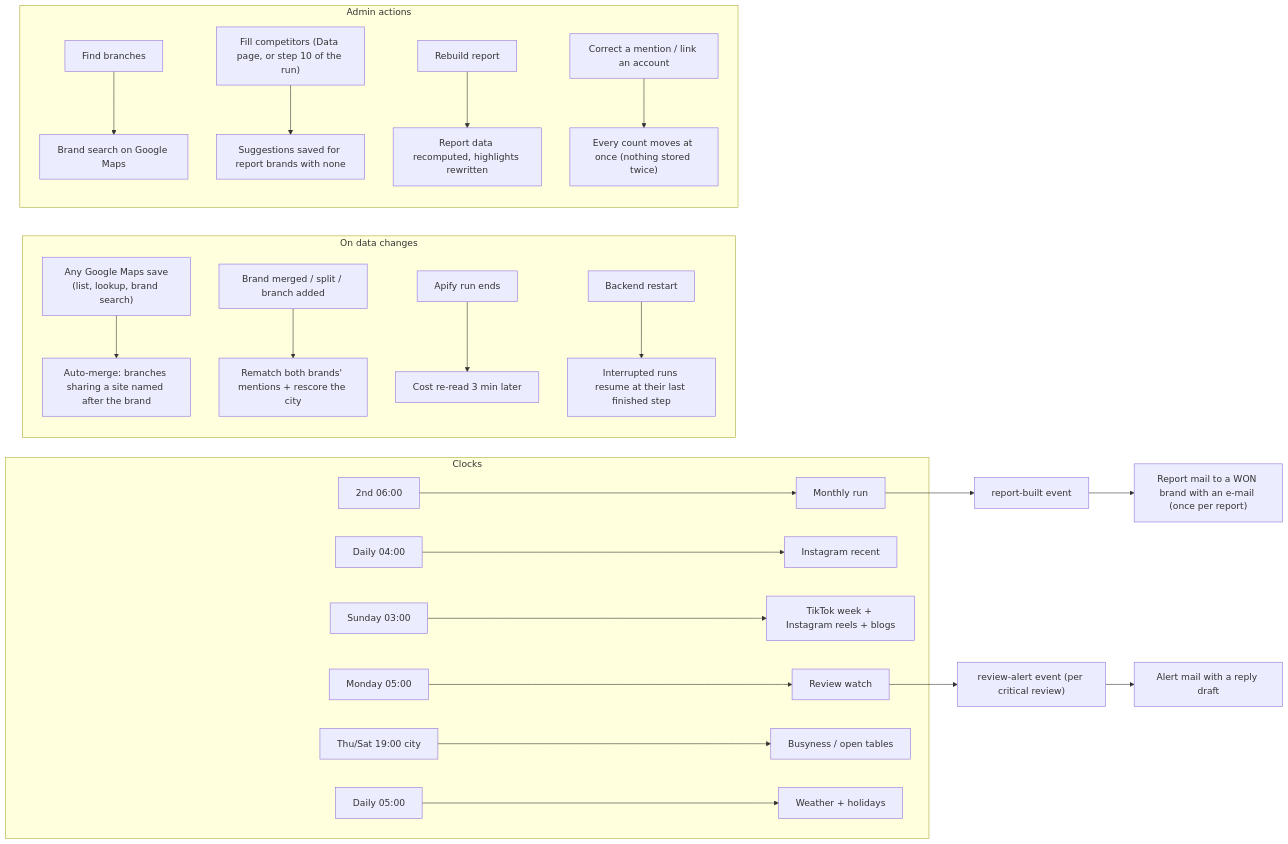
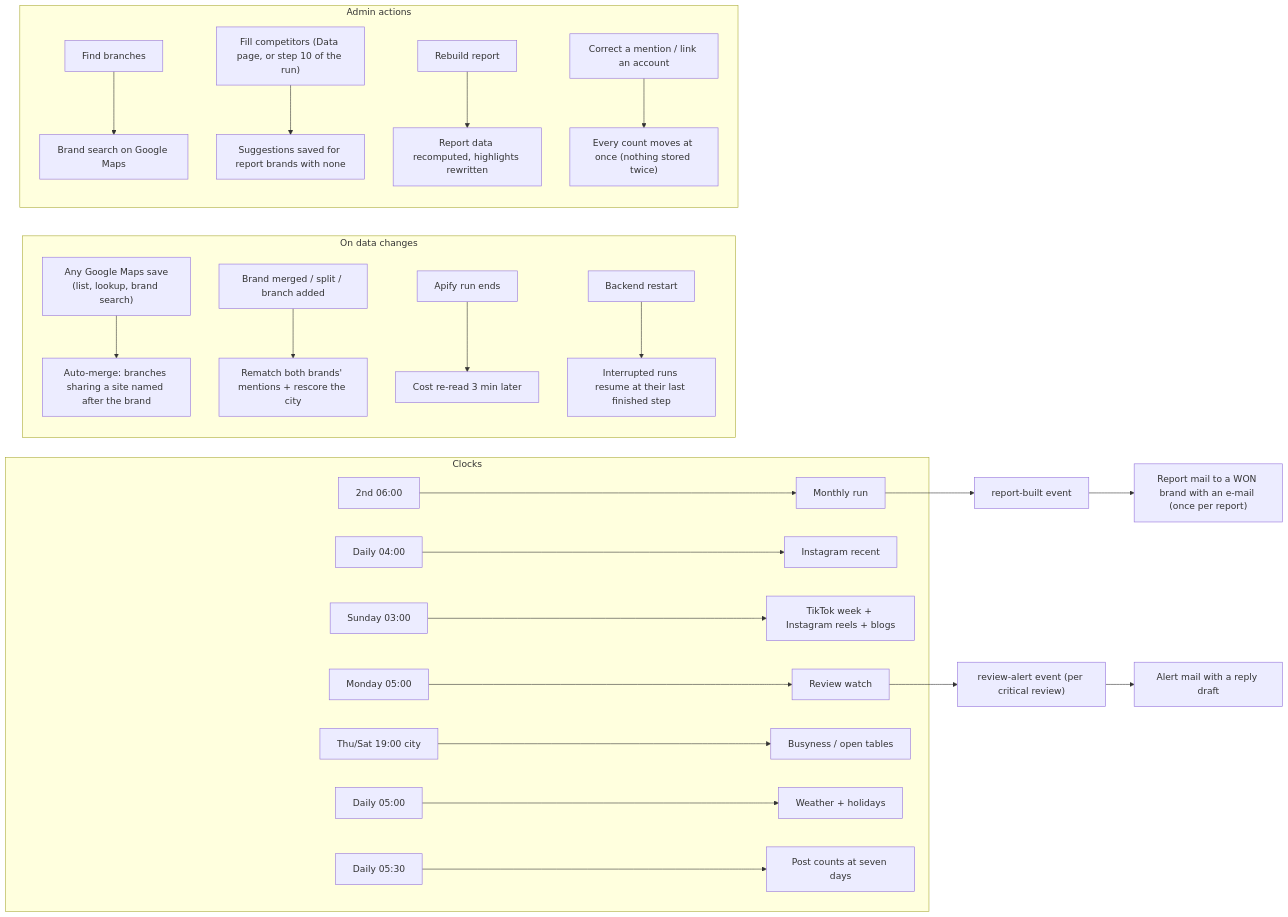
The second of 2 diagrams in human-docs/03-timeline-and-triggers.md (batuhandirek/culinary-report-monorepo), drawn with Mermaid before and after one commit. The commit also changed other lines of this file and 147 other files, not shown here.

````diff
--- a/human-docs/03-timeline-and-triggers.md
+++ b/human-docs/03-timeline-and-triggers.md
@@ -67,30 +69,31 @@
 ```mermaid
 flowchart LR
     subgraph clocks["Clocks"]
         m2["2nd 06:00"] --> run["Monthly run"]
         d4["Daily 04:00"] --> igr["Instagram recent"]
         su3["Sunday 03:00"] --> wl["TikTok week + Instagram reels + blogs"]
         mo5["Monday 05:00"] --> watch["Review watch"]
         thu["Thu/Sat 19:00 city"] --> samples["Busyness / open tables"]
         d5["Daily 05:00"] --> days["Weather + holidays"]
+        d530["Daily 05:30"] --> pcounts["Post counts at seven days"]
     end
 
     run --> built["report-built event"]
     built --> mail["Report mail to a WON brand with an e-mail (once per report)"]
     watch --> alert["review-alert event (per critical review)"]
     alert --> amail["Alert mail with a reply draft"]
 
     subgraph saves["On data changes"]
         vsave["Any Google Maps save<br/>(list, lookup, brand search)"] --> automerge["Auto-merge: branches sharing a site named after the brand"]
         bchange["Brand merged / split / branch added"] --> rematch["Rematch both brands' mentions + rescore the city"]
         apify["Apify run ends"] --> settle["Cost re-read 3 min later"]
         restart["Backend restart"] --> resume["Interrupted runs resume at their last finished step"]
     end
 
     subgraph admin["Admin actions"]
         find["Find branches"] --> bsearch["Brand search on Google Maps"]
         fill["Fill competitors (Data page, or step 10 of the run)"] --> comps["Suggestions saved for report brands with none"]
         rebuild["Rebuild report"] --> report["Report data recomputed, highlights rewritten"]
         correct["Correct a mention / link an account"] --> counts["Every count moves at once (nothing stored twice)"]
     end
 ```
````
